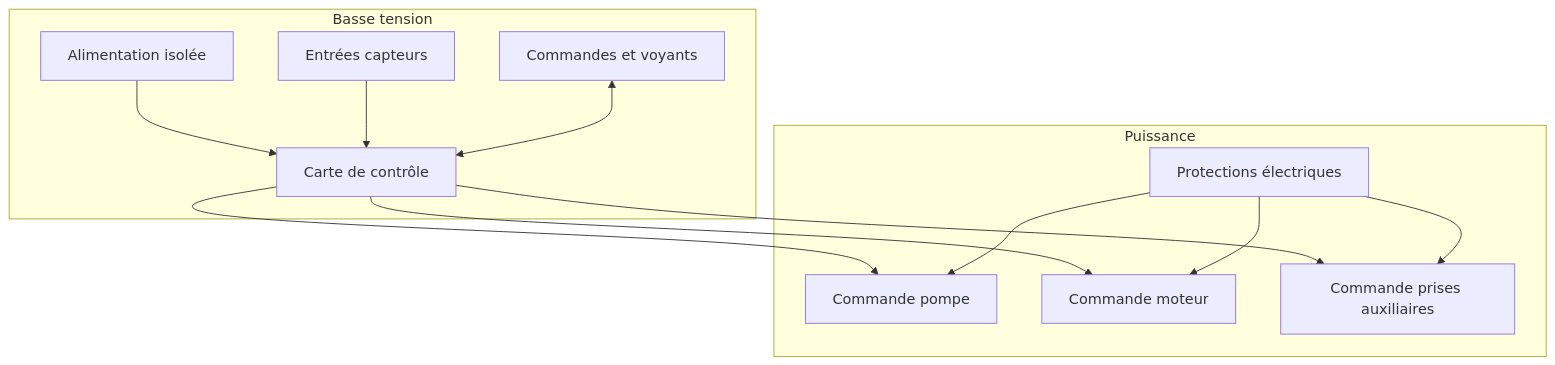
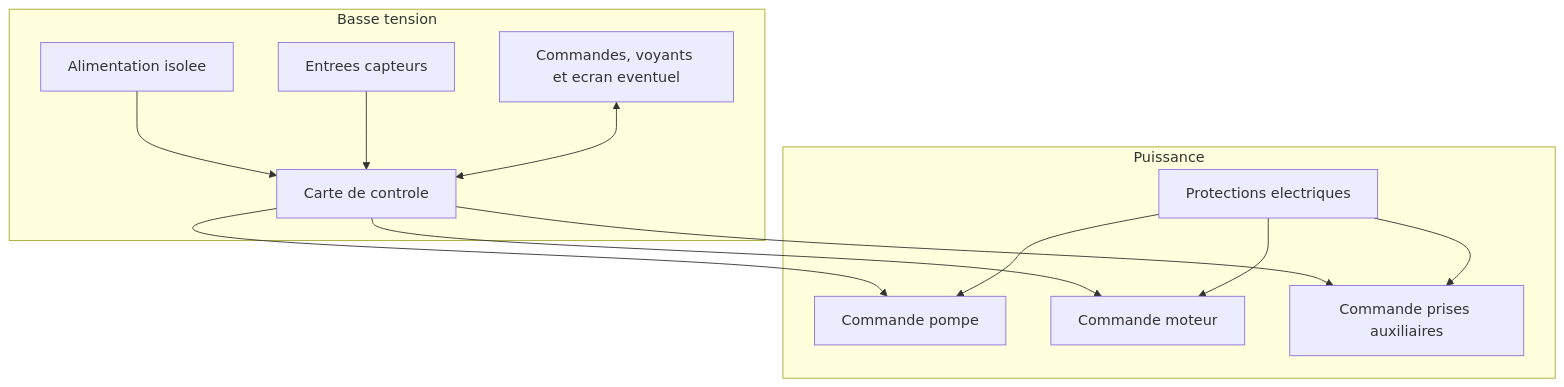
Before and after one commit to elbuey76/DrumFilterController: the second of 2 diagrams in docs/architecture/02-architecture-materielle.md, drawn with Mermaid. The commit also changed other lines of this file and 8 other files, not shown here.

````diff
--- a/docs/architecture/02-architecture-materielle.md
+++ b/docs/architecture/02-architecture-materielle.md
@@ -71,26 +78,26 @@
 ```mermaid
 flowchart TB
     subgraph BT[Basse tension]
-        Alim[Alimentation isolée]
-        MCU[Carte de contrôle]
-        Inputs[Entrées capteurs]
-        UI[Commandes et voyants]
+        Alim[Alimentation isolee]
+        MCU[Carte de controle]
+        Inputs[Entrees capteurs]
+        UI[Commandes, voyants et ecran eventuel]
     end
 
     subgraph P[Puissance]
-        Prot[Protections électriques]
+        Prot[Protections electriques]
         K1[Commande pompe]
         K2[Commande moteur]
         K3[Commande prises auxiliaires]
     end
 
     Alim --> MCU
     Inputs --> MCU
     UI <--> MCU
     MCU --> K1
     MCU --> K2
     MCU --> K3
     Prot --> K1
     Prot --> K2
     Prot --> K3
 ```
````
